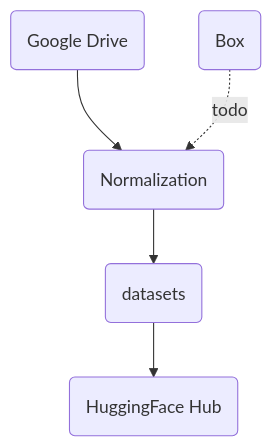
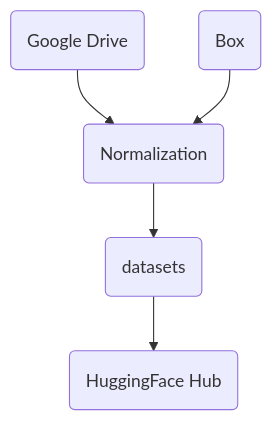
One commit to apjanco/lenticular changed the first of 2 diagrams in docs/workflow.md. Above: the diagram before and after it, drawn with Mermaid. The commit also changed other lines of this file and 6 other files, not shown here.

````diff
--- a/docs/workflow.md
+++ b/docs/workflow.md
@@ -6,7 +6,7 @@
 ```mermaid
 flowchart TB
     a("Google Drive") --> b("Normalization")
-    e("Box")-. todo .-> b("Normalization")
+    e("Box")--> b("Normalization")
     b("Normalization") --> c("datasets")
     c("datasets") --> d("HuggingFace Hub")
 ```
````
